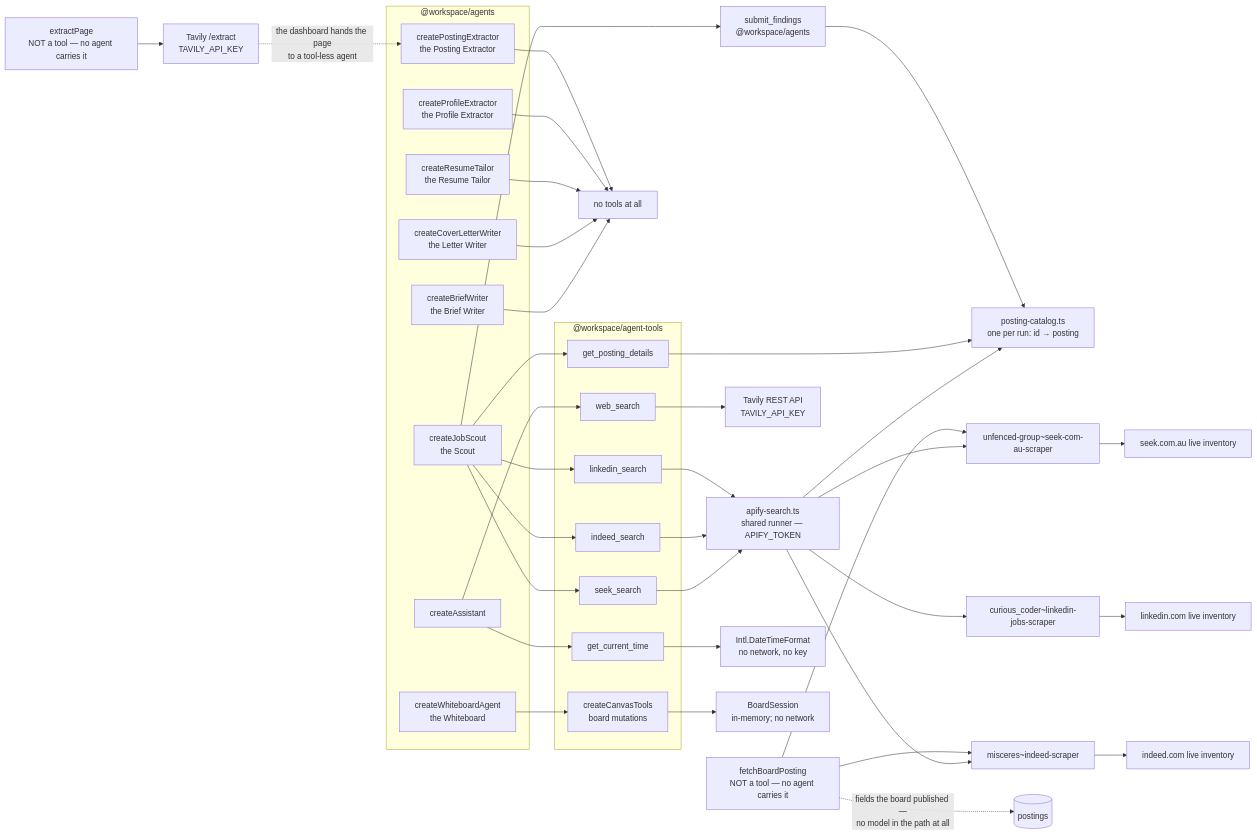
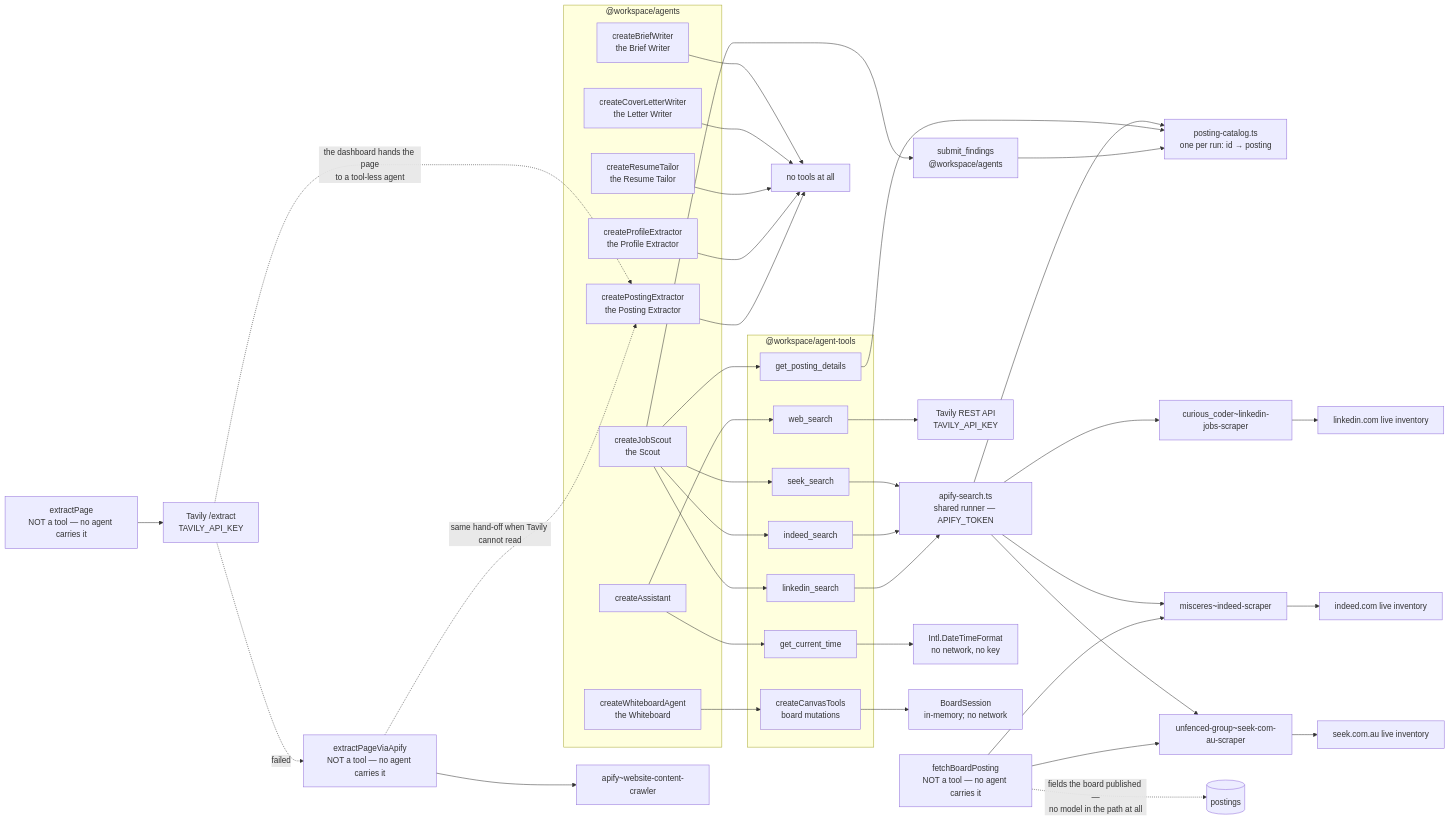
The third of 5 diagrams in docs/agent-architecture.md (sunnyeyles/control-panel), drawn with Mermaid before and after one commit. The commit also changed other lines of this file and 4 other files, not shown here.

First line of the commit message:
Fall back to Apify when Tavily cannot read a pasted posting link.

````diff
--- a/docs/agent-architecture.md
+++ b/docs/agent-architecture.md
@@ -127,60 +127,63 @@
 ```mermaid
 flowchart LR
     subgraph named ["@workspace/agents"]
         SCOUT["createJobScout<br/>the Scout"]
         BW["createBriefWriter<br/>the Brief Writer"]
         CLW["createCoverLetterWriter<br/>the Letter Writer"]
         RT["createResumeTailor<br/>the Resume Tailor"]
         PE["createProfileExtractor<br/>the Profile Extractor"]
         PX["createPostingExtractor<br/>the Posting Extractor"]
         ASST["createAssistant"]
         WB["createWhiteboardAgent<br/>the Whiteboard"]
     end
 
     subgraph catalog ["@workspace/agent-tools"]
         SEEK["seek_search"]
         IND["indeed_search"]
         LI["linkedin_search"]
         DET["get_posting_details"]
         WEB["web_search"]
         TIME["get_current_time"]
         CANVAS["createCanvasTools<br/>board mutations"]
     end
 
     NONE["no tools at all"]
 
     SCOUT --> SEEK
     SCOUT --> IND
     SCOUT --> LI
     SCOUT --> DET
     SCOUT --> SUB["submit_findings<br/>@workspace/agents"]
     ASST --> WEB
     ASST --> TIME
     WB --> CANVAS
     BW --> NONE
     CLW --> NONE
     RT --> NONE
     PE --> NONE
     PX --> NONE
 
     SEEK --> RUN["apify-search.ts<br/>shared runner — APIFY_TOKEN"]
     IND --> RUN
     LI --> RUN
     RUN --> CAT["posting-catalog.ts<br/>one per run: id → posting"]
     DET --> CAT
     SUB --> CAT
     RUN --> A1["unfenced-group~seek-com-au-scraper"]
     RUN --> A2["misceres~indeed-scraper"]
     RUN --> A3["curious_coder~linkedin-jobs-scraper"]
     A1 --> L1["seek.com.au live inventory"]
     A2 --> L2["indeed.com live inventory"]
     A3 --> L3["linkedin.com live inventory"]
     WEB --> TAV["Tavily REST API<br/>TAVILY_API_KEY"]
     FETCH["extractPage<br/>NOT a tool — no agent carries it"] --> TAVX["Tavily /extract<br/>TAVILY_API_KEY"]
+    TAVX -.->|"failed"| FETCH2["extractPageViaApify<br/>NOT a tool — no agent carries it"]
+    FETCH2 --> A4["apify~website-content-crawler"]
     TAVX -.->|"the dashboard hands the page<br/>to a tool-less agent"| PX
+    FETCH2 -.->|"same hand-off when Tavily cannot read"| PX
     BFETCH["fetchBoardPosting<br/>NOT a tool — no agent carries it"] --> A1
     BFETCH --> A2
     BFETCH -.->|"fields the board published —<br/>no model in the path at all"| PTBL[("postings")]
     TIME --> INTL["Intl.DateTimeFormat<br/>no network, no key"]
     CANVAS --> BOARD["BoardSession<br/>in-memory; no network"]
 ```
````
